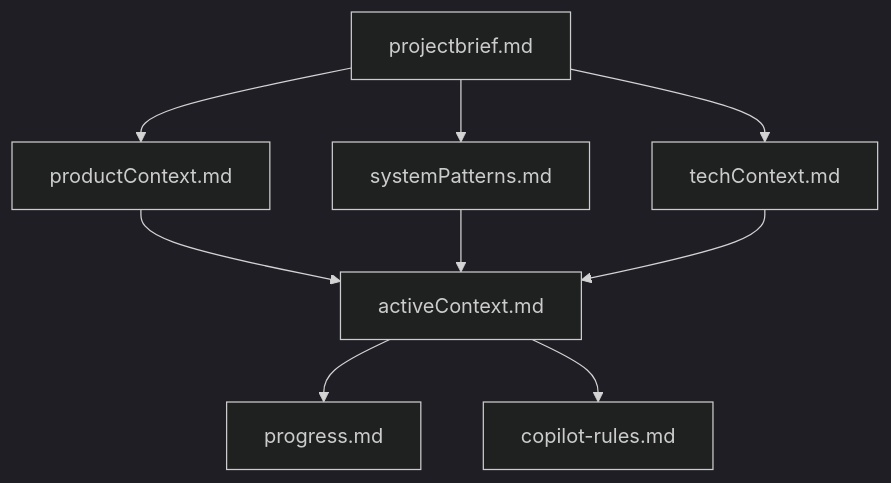
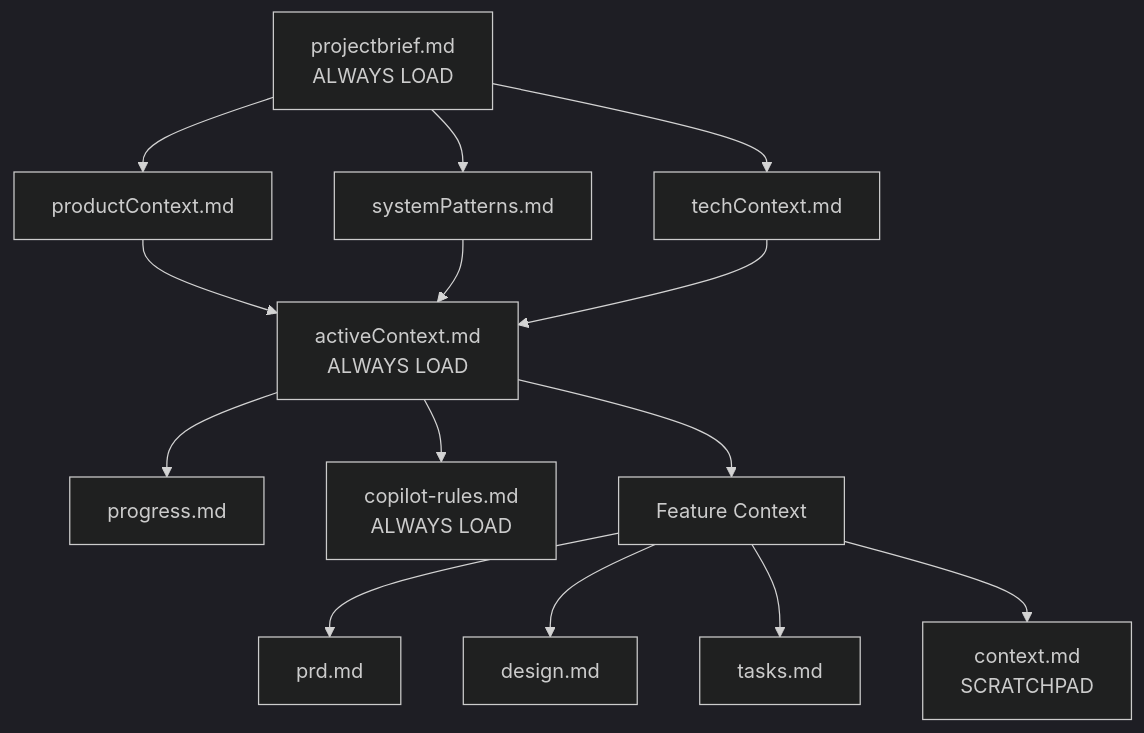
Before and after one commit to ssdeanx/AgentStack: the first of 2 diagrams in .github/instructions/memory-bank-instructions.md, drawn with Mermaid (dark theme). The commit also changed other lines of this file and 26 other files, not shown here.

````diff
--- a/.github/instructions/memory-bank-instructions.md
+++ b/.github/instructions/memory-bank-instructions.md
@@ -35,13 +73,19 @@
 ```mermaid
 flowchart TD
-    PB[projectbrief.md] --> PC[productContext.md]
+    PB[projectbrief.md<br/>ALWAYS LOAD] --> PC[productContext.md]
     PB --> SP[systemPatterns.md]
     PB --> TC[techContext.md]
 
-    PC --> AC[activeContext.md]
+    PC --> AC[activeContext.md<br/>ALWAYS LOAD]
     SP --> AC
     TC --> AC
 
     AC --> P[progress.md]
-    AC --> CR[copilot-rules.md]
+    AC --> CR[copilot-rules.md<br/>ALWAYS LOAD]
+    
+    AC --> FC[Feature Context]
+    FC --> PRD[prd.md]
+    FC --> DES[design.md]
+    FC --> TSK[tasks.md]
+    FC --> CTX[context.md<br/>SCRATCHPAD]
 ```
````
